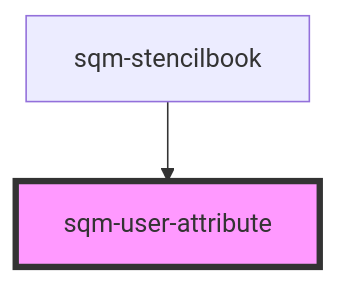
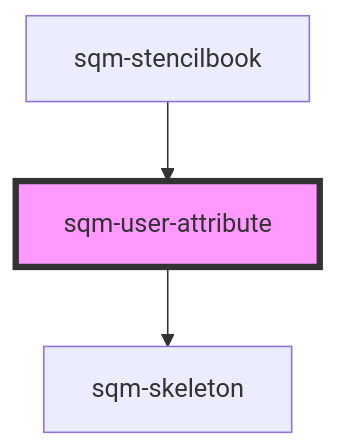
The diagram in packages/mint-components/src/components/sqm-user-attribute/readme.md (saasquatch/program-tools), drawn with Mermaid before and after one commit. The commit also changed other lines of this file and 5 other files, not shown here.

````diff
--- a/packages/mint-components/src/components/sqm-user-attribute/readme.md
+++ b/packages/mint-components/src/components/sqm-user-attribute/readme.md
@@ -24,5 +30,6 @@
 ```mermaid
 graph TD;
+  sqm-user-attribute --> sqm-skeleton
   sqm-stencilbook --> sqm-user-attribute
   style sqm-user-attribute fill:#f9f,stroke:#333,stroke-width:4px
 ```
````
